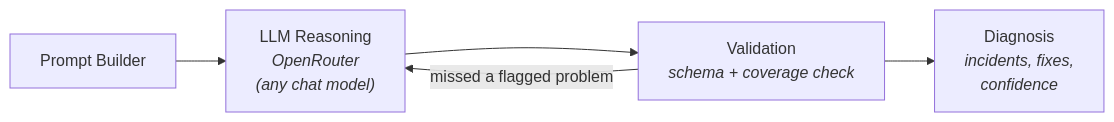
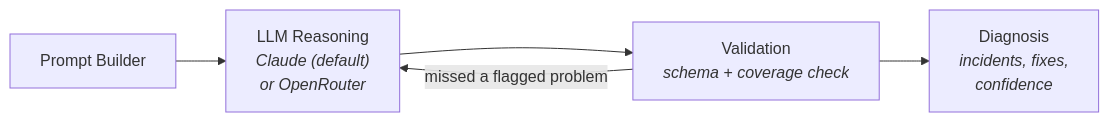
One commit to mohammedfirdouss/k8s-ai-agent changed the third of 5 diagrams in README.md. Above: the diagram before and after it, drawn with Mermaid. The commit also changed other lines of this file and 2 other files, not shown here.

Commit message:
Update README and configuration for LLM provider changes to default to Claude

````diff
--- a/README.md
+++ b/README.md
@@ -65,7 +65,7 @@
 ```mermaid
 flowchart LR
-    PB["Prompt Builder"] --> LLM["LLM Reasoning<br/><i>OpenRouter<br/>(any chat model)</i>"]
+    PB["Prompt Builder"] --> LLM["LLM Reasoning<br/><i>Claude (default)<br/>or OpenRouter</i>"]
     LLM --> VAL["Validation<br/><i>schema + coverage check</i>"]
     VAL -- "missed a flagged problem" --> LLM
     VAL --> DIAG["Diagnosis<br/><i>incidents, fixes,<br/>confidence</i>"]
 ```
````
